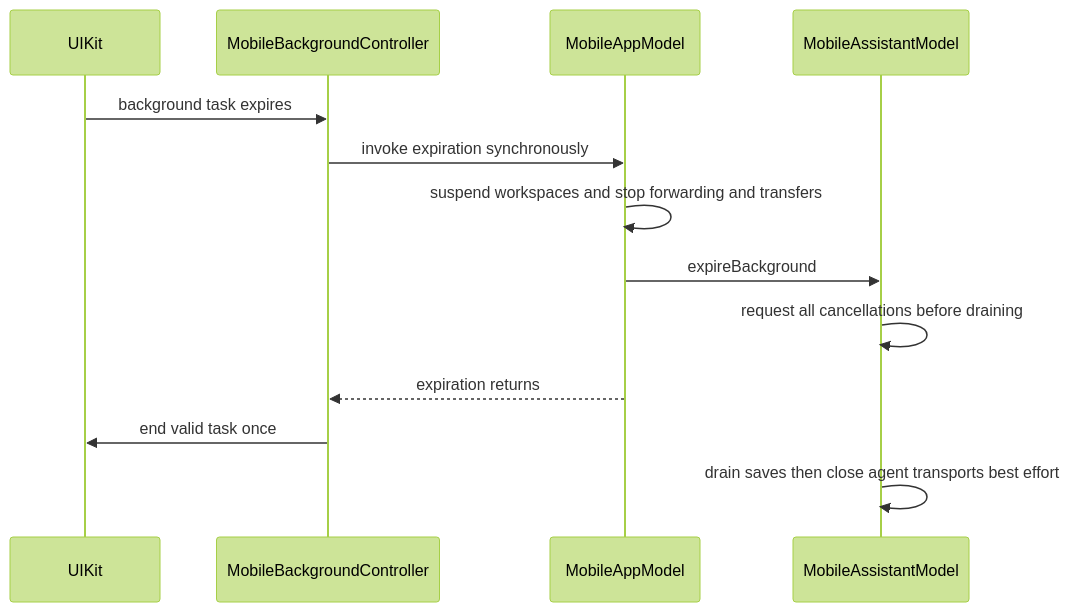
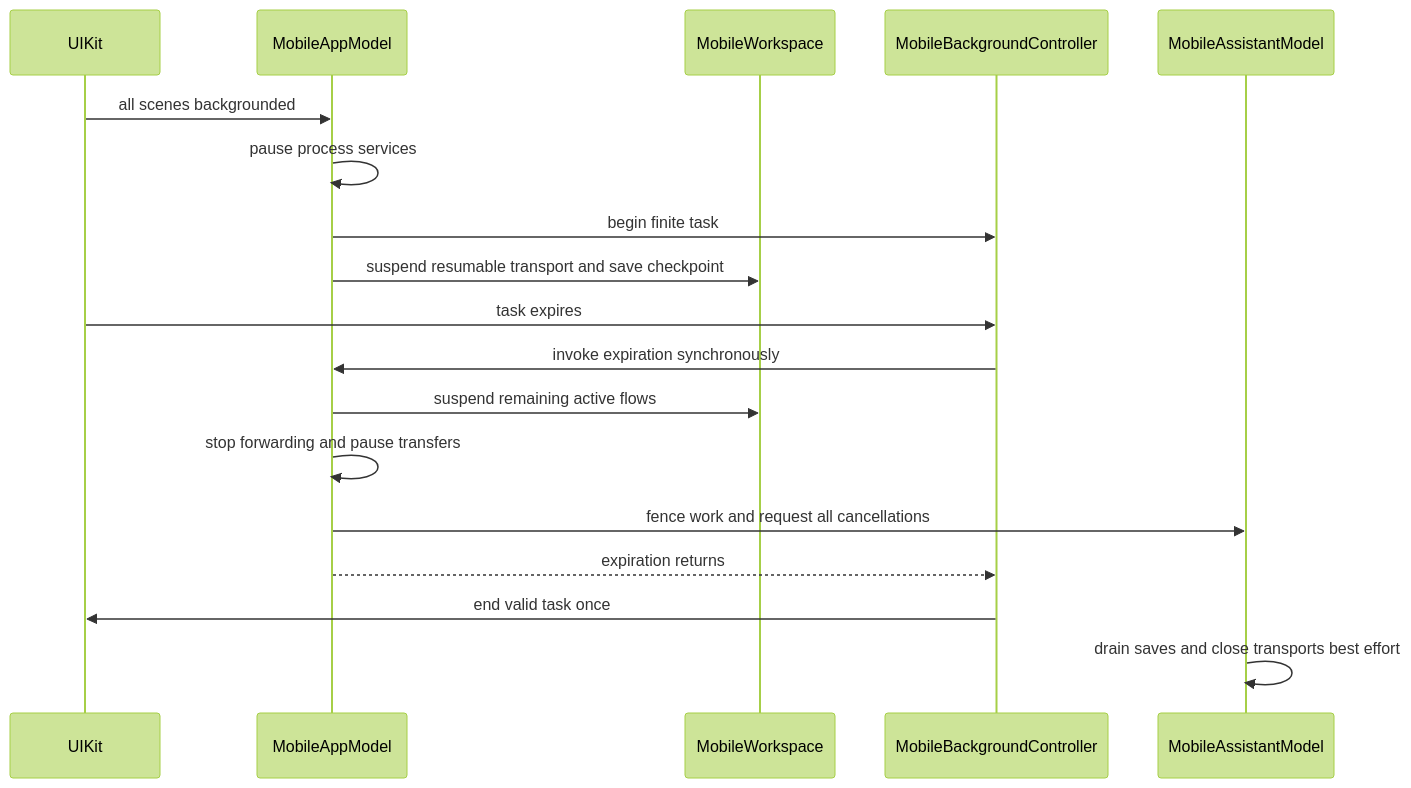
One commit to AkinoKaede/Termind changed the second of 2 diagrams in openwiki/architecture/engineering-invariants.md. Above: the diagram before and after it, drawn with Mermaid (forest theme). The commit also changed other lines of this file and 67 other files, not shown here.

````diff
--- a/openwiki/architecture/engineering-invariants.md
+++ b/openwiki/architecture/engineering-invariants.md
@@ -1034,15 +339,20 @@
 ```mermaid
 sequenceDiagram
     participant UIKit
+    participant App as MobileAppModel
+    participant Workspace as MobileWorkspace
     participant Lease as MobileBackgroundController
-    participant App as MobileAppModel
     participant Assistant as MobileAssistantModel
-    UIKit->>Lease: background task expires
+    UIKit->>App: all scenes backgrounded
+    App->>App: pause process services
+    App->>Lease: begin finite task
+    App->>Workspace: suspend resumable transport and save checkpoint
+    UIKit->>Lease: task expires
     Lease->>App: invoke expiration synchronously
-    App->>App: suspend workspaces and stop forwarding and transfers
-    App->>Assistant: expireBackground
-    Assistant->>Assistant: request all cancellations before draining
+    App->>Workspace: suspend remaining active flows
+    App->>App: stop forwarding and pause transfers
+    App->>Assistant: fence work and request all cancellations
     App-->>Lease: expiration returns
     Lease->>UIKit: end valid task once
-    Assistant->>Assistant: drain saves then close agent transports best effort
+    Assistant->>Assistant: drain saves and close transports best effort
 ```
````
